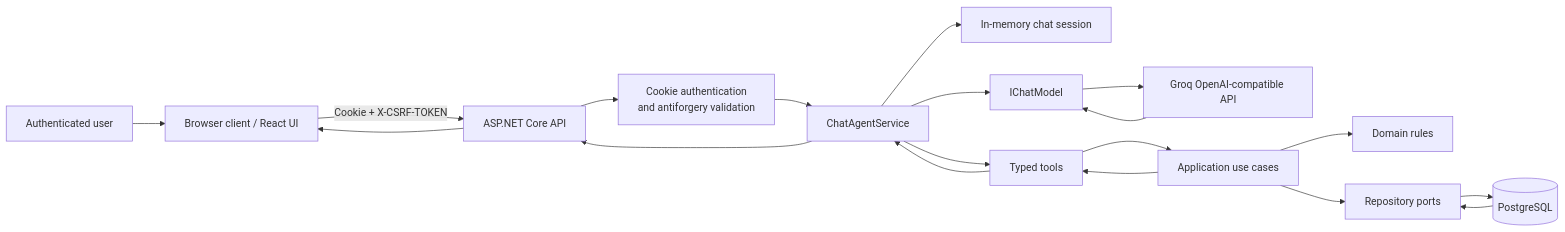
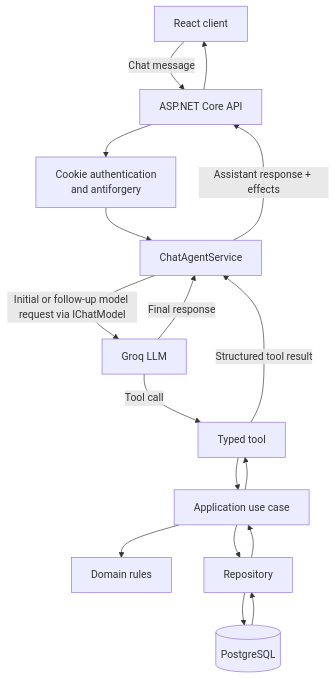
One commit to federicokatz/room-booking changed the diagram in doc/component-diagram.md. Above: the diagram before and after it, drawn with Mermaid. The commit also changed other lines of this file and 22 other files, not shown here.

````diff
--- a/doc/component-diagram.md
+++ b/doc/component-diagram.md
@@ -5,21 +5,21 @@
 ```mermaid
-flowchart LR
-    User[Authenticated user] --> Client[Browser client / React UI]
-    Client -->|Cookie + X-CSRF-TOKEN| Api[ASP.NET Core API]
-    Api --> Auth[Cookie authentication<br/>and antiforgery validation]
+flowchart TD
+    Client[React client] -->|Chat message| Api[ASP.NET Core API]
+    Api --> Auth[Cookie authentication<br/>and antiforgery]
     Auth --> Chat[ChatAgentService]
-    Chat --> Session[In-memory chat session]
-    Chat --> ModelPort[IChatModel]
-    ModelPort --> Groq[Groq OpenAI-compatible API]
-    Chat --> Tools[Typed tools]
-    Tools --> UseCases[Application use cases]
-    UseCases --> Domain[Domain rules]
-    UseCases --> Repositories[Repository ports]
-    Repositories --> Postgres[(PostgreSQL)]
-    Postgres --> Repositories
-    UseCases --> Tools
-    Tools --> Chat
-    Groq --> ModelPort
-    Chat --> Api
+
+    Chat -->|Initial or follow-up model request via IChatModel| Groq[Groq LLM]
+    Groq -->|Final response| Chat
+    Groq -->|Tool call| Tool[Typed tool]
+    Tool --> UseCase[Application use case]
+    UseCase --> Domain[Domain rules]
+    UseCase --> Repository[Repository]
+    Repository --> Database[(PostgreSQL)]
+    Database --> Repository
+    Repository --> UseCase
+    UseCase --> Tool
+    Tool -->|Structured tool result| Chat
+
+    Chat -->|Assistant response + effects| Api
     Api --> Client
 ```
````
